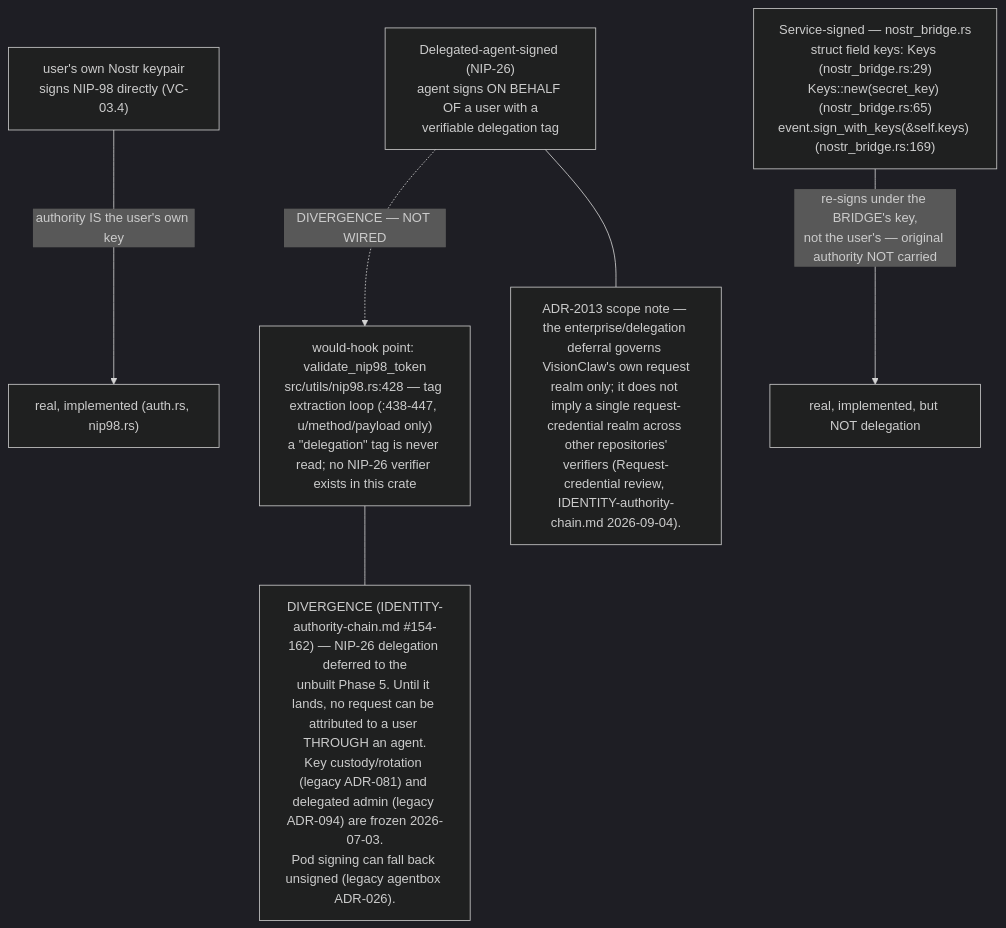
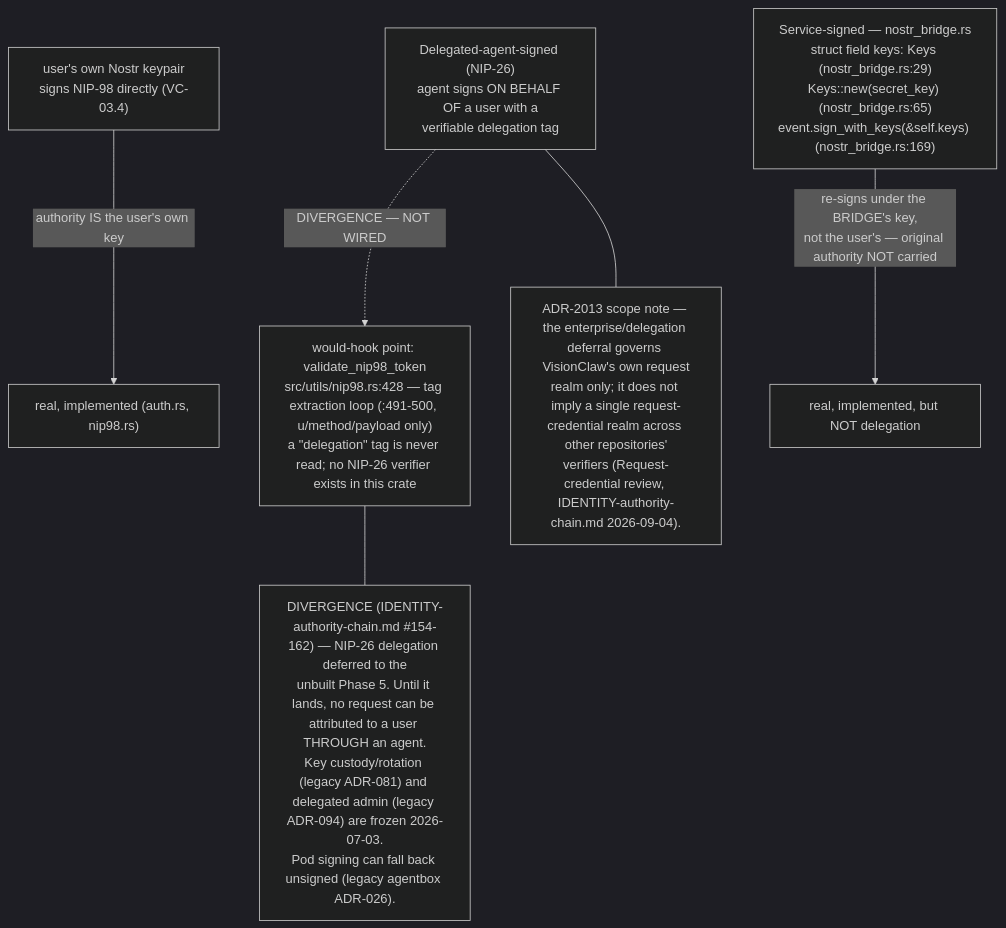
One commit to DreamLab-AI/VisionFlow changed diagram 13 of 14 in docs/diagrams/visionclaw/03-request-lifecycle-and-rbac.md. Above: the diagram before and after it, drawn with Mermaid (dark theme). The commit also changed other lines of this file and 20 other files, not shown here.

Commit message:
docs(diagrams): reflect the S-3, S-7c/d/f and S-4(3) fixes in the corpus

````diff
--- a/docs/diagrams/visionclaw/03-request-lifecycle-and-rbac.md
+++ b/docs/diagrams/visionclaw/03-request-lifecycle-and-rbac.md
@@ -534,14 +568,14 @@
 ```mermaid
 flowchart TB
     U["user's own Nostr keypair<br/>signs NIP-98 directly (VC-03.4)"]
     SS["Service-signed — nostr_bridge.rs<br/>struct field keys: Keys (nostr_bridge.rs:29)<br/>Keys::new(secret_key) (nostr_bridge.rs:65)<br/>event.sign_with_keys(&self.keys) (nostr_bridge.rs:169)"]
     DA["Delegated-agent-signed (NIP-26)<br/>agent signs ON BEHALF OF a user with a<br/>verifiable delegation tag"]
-    HOOK["would-hook point: validate_nip98_token<br/>src/utils/nip98.rs:428 — tag extraction loop (:438-447, u/method/payload only)<br/>a #quot;delegation#quot; tag is never read; no NIP-26 verifier exists in this crate"]
+    HOOK["would-hook point: validate_nip98_token<br/>src/utils/nip98.rs:428 — tag extraction loop (:491-500, u/method/payload only)<br/>a #quot;delegation#quot; tag is never read; no NIP-26 verifier exists in this crate"]
     U -->|"authority IS the user's own key"| REAL["real, implemented (auth.rs, nip98.rs)"]
     SS -->|"re-signs under the BRIDGE's key,<br/>not the user's — original authority NOT carried"| BRIDGE_REAL["real, implemented, but NOT delegation"]
     DA -.->|"DIVERGENCE — NOT WIRED"| HOOK
     N1["DIVERGENCE (IDENTITY-authority-chain.md #154-162) — NIP-26 delegation deferred to the<br/>unbuilt Phase 5. Until it lands, no request can be attributed to a user THROUGH an agent.<br/>Key custody/rotation (legacy ADR-081) and delegated admin (legacy ADR-094) are frozen 2026-07-03.<br/>Pod signing can fall back unsigned (legacy agentbox ADR-026)."]
     HOOK --- N1
     N2["ADR-2013 scope note — the enterprise/delegation deferral governs VisionClaw's own request<br/>realm only; it does not imply a single request-credential realm across other repositories'<br/>verifiers (Request-credential review, IDENTITY-authority-chain.md 2026-09-04)."]
     DA --- N2
 ```
````
